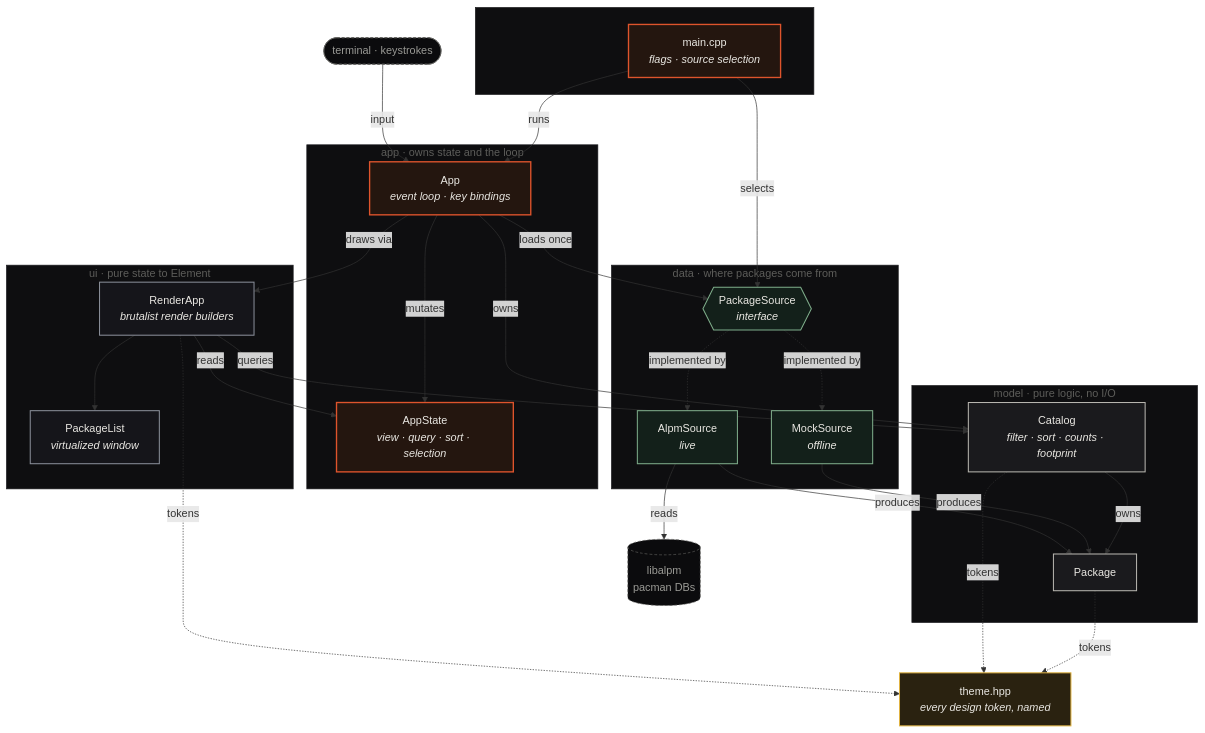
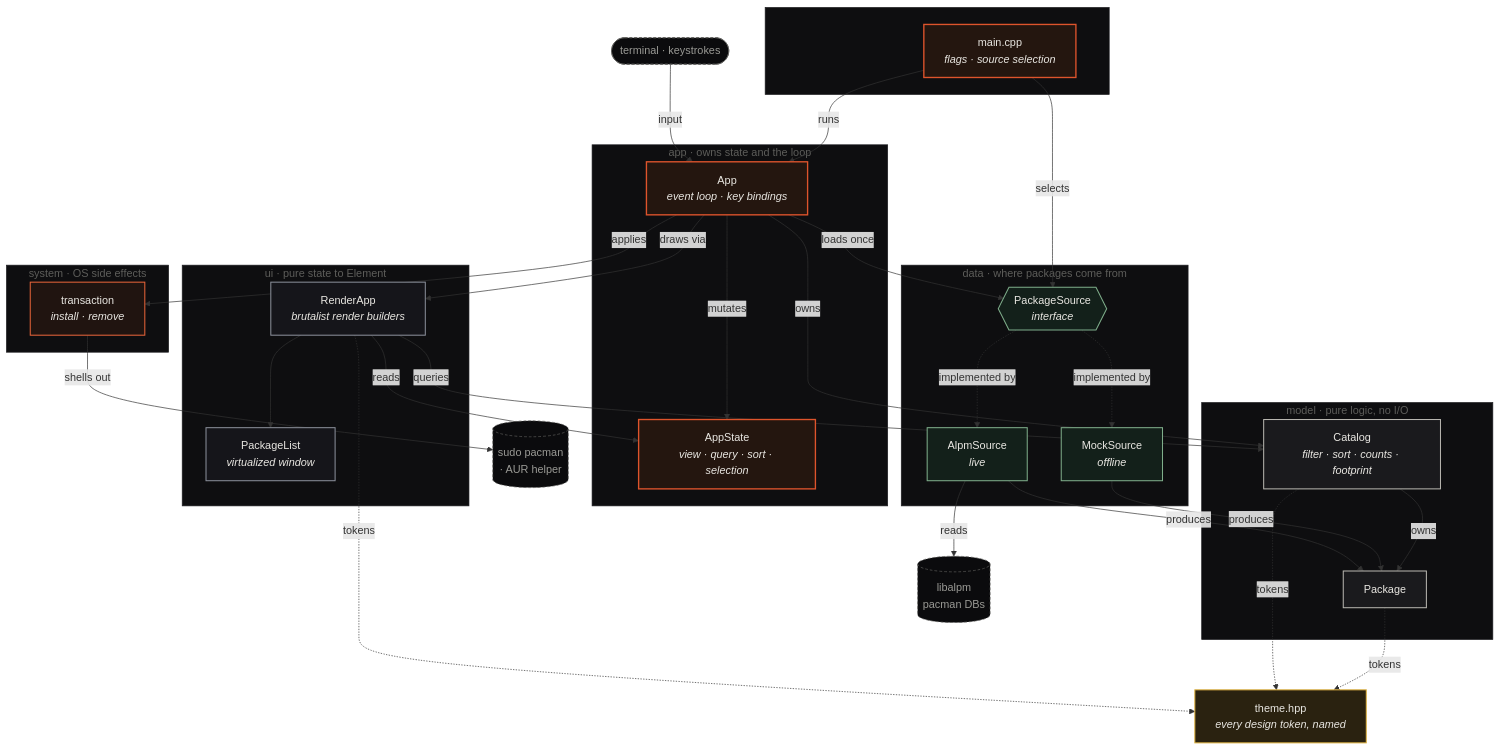
One commit to m1stD3V/pacseek changed the diagram in README.md. Above: the diagram before and after it, drawn with Mermaid. The commit also changed other lines of this file and 7 other files, not shown here.

Commit message:
Added transactions to pacseek, instead of shimming sudo uses standard pacman view and then after transaction returns to pacseek with a message regarding the action

````diff
--- a/README.md
+++ b/README.md
@@ -179,69 +198,78 @@
 ```mermaid
 flowchart TD
     CLI([" terminal · keystrokes "]):::ext
 
     subgraph entry [" "]
         MAIN["main.cpp<br/><i>flags · source selection</i>"]:::app
     end
 
     subgraph applayer ["app · owns state and the loop"]
         APP["App<br/><i>event loop · key bindings</i>"]:::app
         STATE["AppState<br/><i>view · query · sort · selection</i>"]:::app
     end
 
     subgraph uilayer ["ui · pure state to Element"]
         RENDER["RenderApp<br/><i>brutalist render builders</i>"]:::ui
         VLIST["PackageList<br/><i>virtualized window</i>"]:::ui
     end
 
     subgraph datalayer ["data · where packages come from"]
         PSRC{{"PackageSource<br/><i>interface</i>"}}:::data
         ALPM["AlpmSource<br/><i>live</i>"]:::data
         MOCK["MockSource<br/><i>offline</i>"]:::data
     end
 
     subgraph modellayer ["model · pure logic, no I/O"]
         CAT["Catalog<br/><i>filter · sort · counts · footprint</i>"]:::model
         PKG["Package"]:::model
     end
 
+    subgraph syslayer ["system · OS side effects"]
+        TX["transaction<br/><i>install · remove</i>"]:::sys
+    end
+
     THEME["theme.hpp<br/><i>every design token, named</i>"]:::theme
     LIBALPM[("libalpm<br/>pacman DBs")]:::ext
+    PACMAN[("sudo pacman<br/>· AUR helper")]:::ext
 
     CLI -->|input| APP
     MAIN -->|selects| PSRC
     MAIN -->|runs| APP
 
     APP -->|mutates| STATE
     APP -->|owns| CAT
     APP -->|draws via| RENDER
     APP -->|loads once| PSRC
+    APP -->|applies| TX
 
     RENDER -->|reads| STATE
     RENDER -->|queries| CAT
     RENDER --> VLIST
 
     PSRC -.implemented by.-> ALPM
     PSRC -.implemented by.-> MOCK
     ALPM -->|reads| LIBALPM
+    TX -->|shells out| PACMAN
     ALPM -->|produces| PKG
     MOCK -->|produces| PKG
     CAT -->|owns| PKG
 
     RENDER -.tokens.-> THEME
     CAT -.tokens.-> THEME
     PKG -.tokens.-> THEME
 
     classDef app fill:#24160f,stroke:#de542c,stroke-width:2px,color:#e9e7e2
     classDef ui fill:#15151a,stroke:#8a8f9a,stroke-width:1.5px,color:#e9e7e2
     classDef data fill:#13201a,stroke:#7fae8b,stroke-width:1.5px,color:#e9e7e2
     classDef model fill:#1a1a1d,stroke:#b8b6b0,stroke-width:1.5px,color:#e9e7e2
     classDef theme fill:#2a2210,stroke:#e0b341,stroke-width:1.5px,color:#e9e7e2
     classDef ext fill:#0b0b0d,stroke:#5d5d5a,stroke-width:1px,color:#9a9a95,stroke-dasharray:4 3
+    classDef sys fill:#201410,stroke:#e8643a,stroke-width:1.5px,color:#e9e7e2
 
     style entry fill:#0e0e10,stroke:#1c1c20
     style applayer fill:#0e0e10,stroke:#1c1c20,color:#5d5d5a
     style uilayer fill:#0e0e10,stroke:#1c1c20,color:#5d5d5a
     style datalayer fill:#0e0e10,stroke:#1c1c20,color:#5d5d5a
     style modellayer fill:#0e0e10,stroke:#1c1c20,color:#5d5d5a
+    style syslayer fill:#0e0e10,stroke:#1c1c20,color:#5d5d5a
 ```
````
